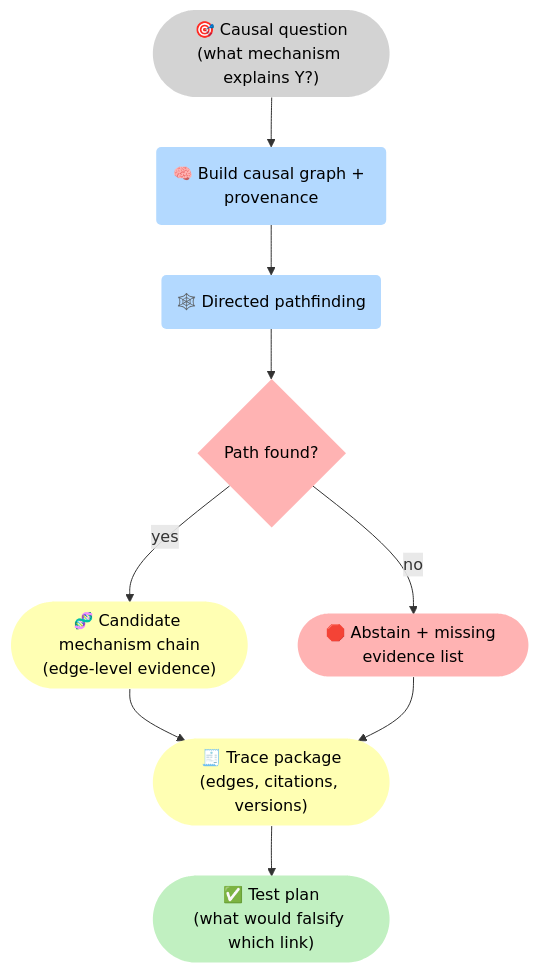
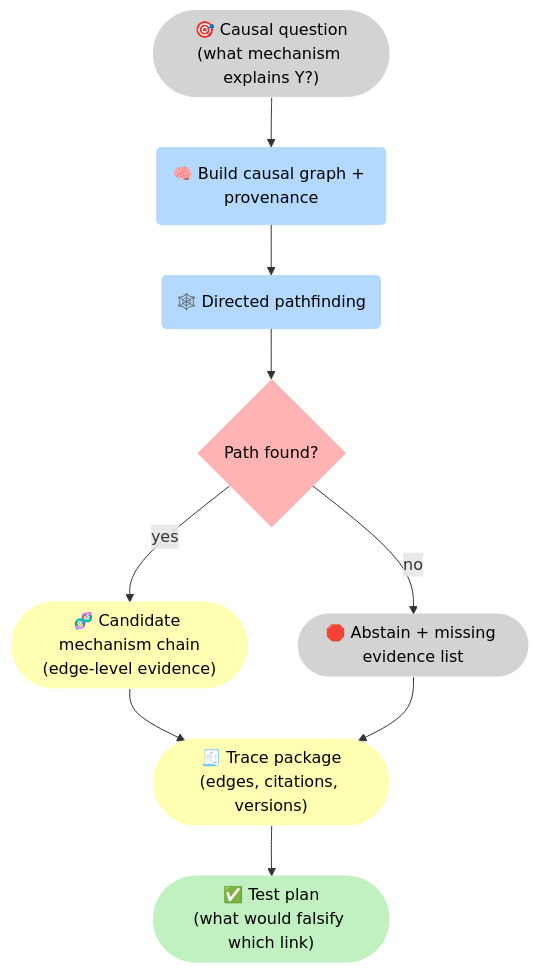
The first of 3 diagrams in docs/case-studies/biomedicine.md (5Reasons/5reasons.github.io), drawn with Mermaid before and after one commit. The commit also changed other lines of this file and 14 other files, not shown here.

First line of the commit message:
Refactor diagrams and improve clarity in blog posts and case studies

````diff
--- a/docs/case-studies/biomedicine.md
+++ b/docs/case-studies/biomedicine.md
@@ -69,26 +69,26 @@
 ```mermaid
 flowchart TB
 %% Styles (brModel Standard)
 classDef i fill:#D3D3D3,stroke-width:0px,color:#000;
 classDef p fill:#B3D9FF,stroke-width:0px,color:#000;
 classDef r fill:#FFFFB3,stroke-width:0px,color:#000;
 classDef o fill:#C1F0C1,stroke-width:0px,color:#000;
 classDef s fill:#FFB3B3,stroke-width:0px,color:#000;
 
 I_Q(["🎯 Causal question<br>(what mechanism explains Y?)"]):::i
 P_G("🧠 Build causal graph + provenance"):::p
 P_Trv("🕸️ Directed pathfinding"):::p
 G_Path{"Path found?"}:::s
 R_Path(["🧬 Candidate mechanism chain<br>(edge-level evidence)"]):::r
 R_Trace(["🧾 Trace package<br>(edges, citations, versions)"]):::r
 O_Lab(["✅ Test plan<br>(what would falsify which link)"]):::o
-S_Abs(["🛑 Abstain + missing evidence list"]):::s
+S_Abs(["🛑 Abstain + missing evidence list"]):::i
 
 I_Q --> P_G --> P_Trv --> G_Path
 G_Path -->|"yes"| R_Path --> R_Trace --> O_Lab
 G_Path -->|"no"| S_Abs --> R_Trace
 
 %% Clickable nodes
 click P_Trv "/methodology/causalgraphrag/" "CausalGraphRAG"
 click P_G "/methodology/property-and-knowledge-graphs/" "Graphs"
 ```
````
